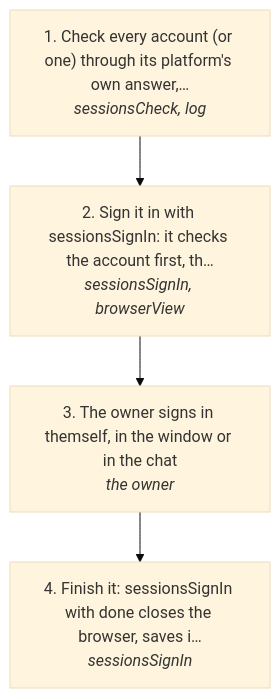
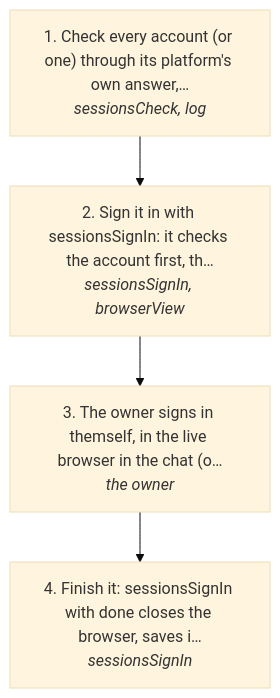
Before and after one commit to aggelos-pappas/log: the diagram in docs/useCases/inbox/signIn.md, drawn with Mermaid (base theme). The commit also changed other lines of this file and 29 other files, not shown here.

First line of the commit message:
feat(signIn): 'sign into discord' in any chat routes to the sign-in play and the live browser card

````diff
--- a/docs/useCases/inbox/signIn.md
+++ b/docs/useCases/inbox/signIn.md
@@ -14,10 +14,10 @@
 ```mermaid
 flowchart TD
   s0["1. Check every account (or one) through its platform's own answer,…<br/><i>sessionsCheck, log</i>"]
   s1["2. Sign it in with sessionsSignIn: it checks the account first, th…<br/><i>sessionsSignIn, browserView</i>"]
-  s2["3. The owner signs in themself, in the window or in the chat<br/><i>the owner</i>"]
+  s2["3. The owner signs in themself, in the live browser in the chat (o…<br/><i>the owner</i>"]
   s3["4. Finish it: sessionsSignIn with done closes the browser, saves i…<br/><i>sessionsSignIn</i>"]
   s0 --> s1
   s1 --> s2
   s2 --> s3
 ```
````
